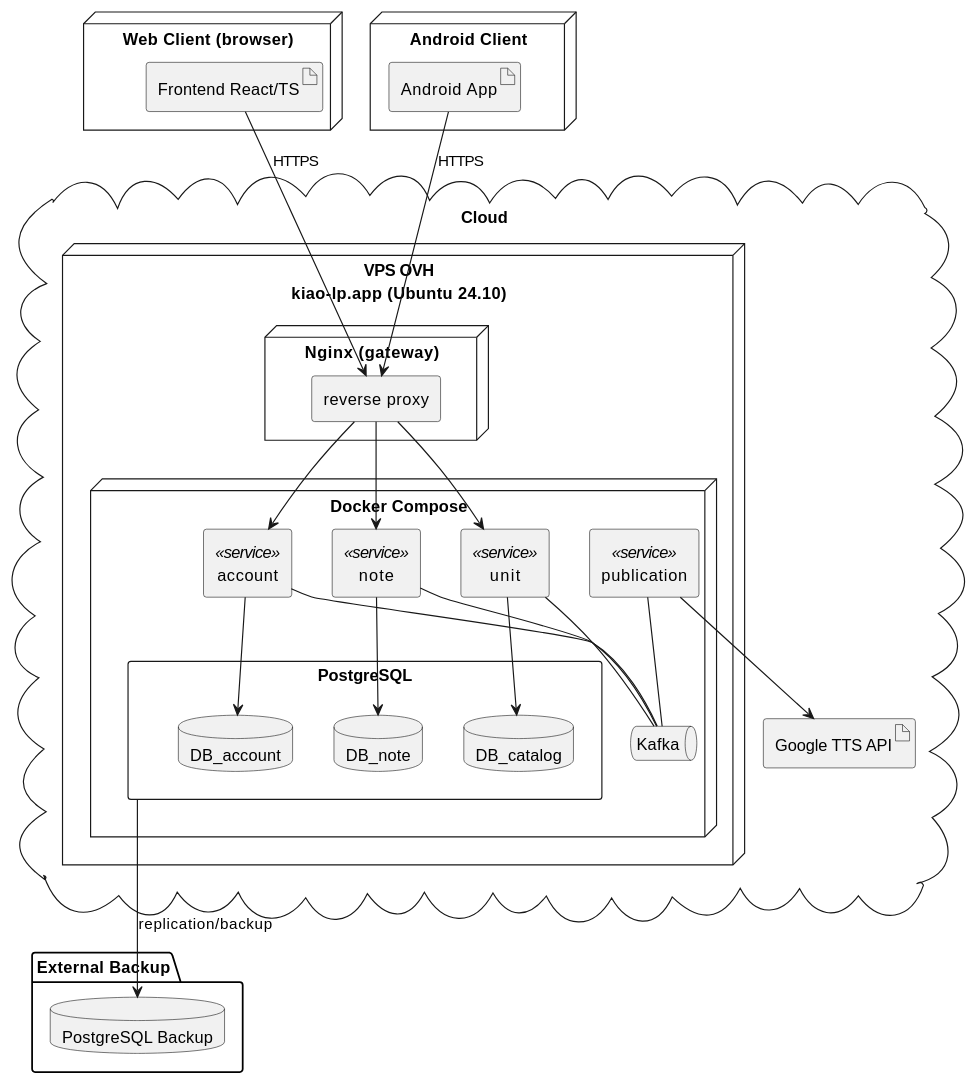
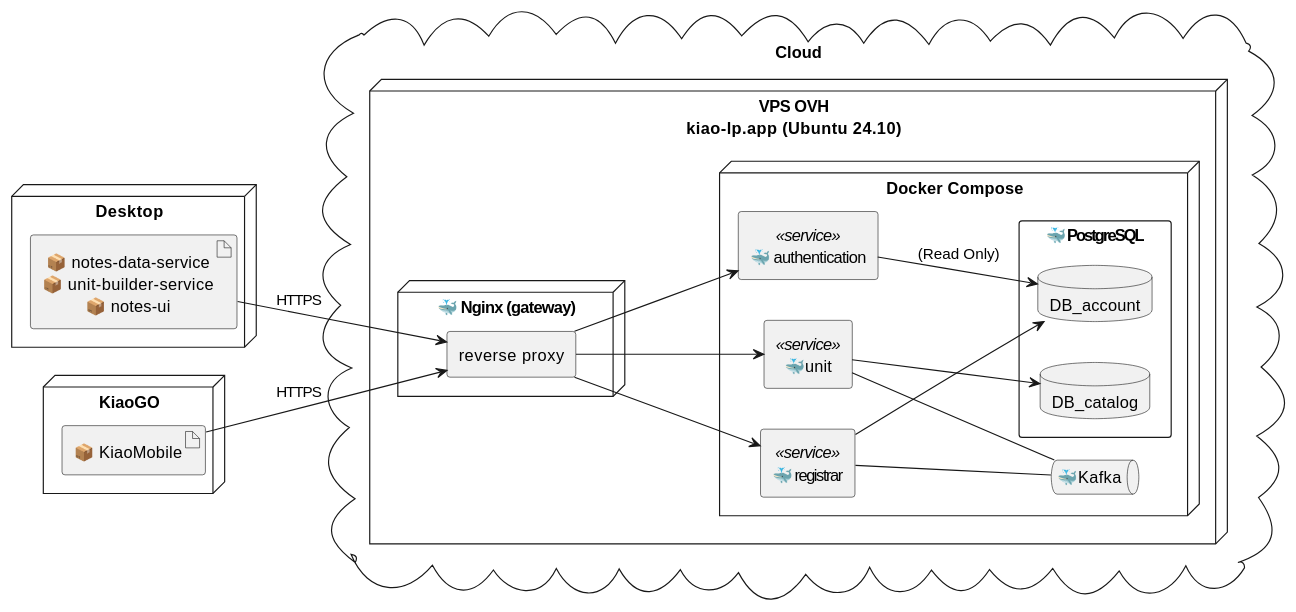
The third of 4 diagrams in architecture/global-architecture.md (kiao-lp/kiao-lp.github.io), drawn with PlantUML before and after one commit. The commit also changed other lines of this file and 3 other files, not shown here.

````diff
--- a/architecture/global-architecture.md
+++ b/architecture/global-architecture.md
@@ -112,72 +115,62 @@
 ```plantuml
 @startuml
 skinparam componentStyle rectangle
 skinparam defaultTextAlignment center
 
-node "Web Client (browser)" {
-  artifact "Frontend React/TS"
+left to right direction
+
+node "Desktop" {
+  artifact "📦 notes-data-service\n📦 unit-builder-service\n📦 notes-ui" as KiaoNotes
 }
 
-node "Android Client" {
-  artifact "Android App"
+node "KiaoGO" {
+  artifact "📦 KiaoMobile" as KiaoMobile
 }
 
 cloud "Cloud" {
 
   ' --- Production Server ---
   node "VPS OVH\nkiao-lp.app (Ubuntu 24.10)" {
     
-    node "Nginx (gateway)" {
-      rectangle "reverse proxy"
+    node "🐳 Nginx (gateway)" {
+      rectangle "reverse proxy" as RP
     }
 
     node "Docker Compose" {
-      component "account" <<service>>
-      component "note" <<service>>
-      component "unit" <<service>>
-      component "publication" <<service>>
+      component "🐳 registrar" <<service>> as registrar
+      component "🐳 authentication" <<service>> as auth
+      component "🐳 u n i t" <<service>> as unit
 
-      component "PostgreSQL" {
+      component "🐳 PostgreSQL" {
         database "DB_account"
-        database "DB_note"
         database "DB_catalog"
       }
 
-      queue "Kafka"
+      queue "🐳 K a f k a" as Kafka
     }
   }
 
-  artifact "Google TTS API"
-}
-
-' --- Backup Zone ---
-folder "External Backup" {
-  database "PostgreSQL Backup"
 }
 
 ' --- Network Communications ---
 
-"Frontend React/TS" --> "reverse proxy" : HTTPS
-"Android App" --> "reverse proxy" : HTTPS
+KiaoNotes --> RP : HTTPS
+"KiaoMobile" --> RP : HTTPS
 
-"reverse proxy" --> "account"
-"reverse proxy" --> "note"
-"reverse proxy" --> "unit"
+RP --> "registrar"
+RP --> "auth"
+RP --> "unit"
 
 ' --- Kafka ---
-"note" -- "Kafka"
-"account" -- "Kafka"
+"registrar" -- "Kafka"
 "unit" -- "Kafka"
-"publication" -- "Kafka"
 
-"publication" --> "Google TTS API"
+
 
 ' --- Databases ---
-"account" --> "DB_account"
-"note" --> "DB_note"
+"registrar" --> "DB_account"
+"auth" --> "DB_account" : " (Read Only)"
 "unit" --> "DB_catalog"
-
-PostgreSQL --> "PostgreSQL Backup" : replication/backup
 
 @enduml
 ```
````
